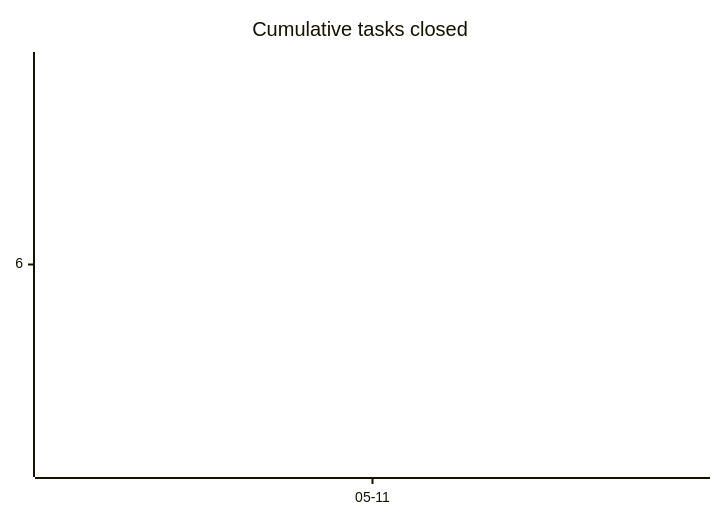
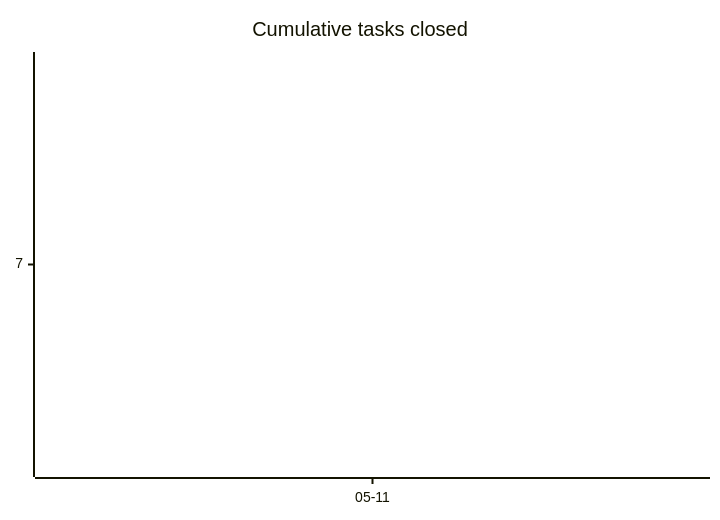
One commit to tgd1975/AwesomeGuitarPedal changed the first of 3 diagrams in docs/developers/tasks/OVERVIEW.md. Above: the diagram before and after it, drawn with Mermaid. The commit also changed other lines of this file and 5 other files, not shown here.

First line of the commit message:
close TASK-377: define v1 standard pin-name set in data/pin-names.schema.json (EPIC-029)

````diff
--- a/docs/developers/tasks/OVERVIEW.md
+++ b/docs/developers/tasks/OVERVIEW.md
@@ -22,6 +22,6 @@
 ```mermaid
 xychart-beta
     title "Cumulative tasks closed"
     x-axis ["05-11"]
-    line [6]
+    line [7]
 ```
````
